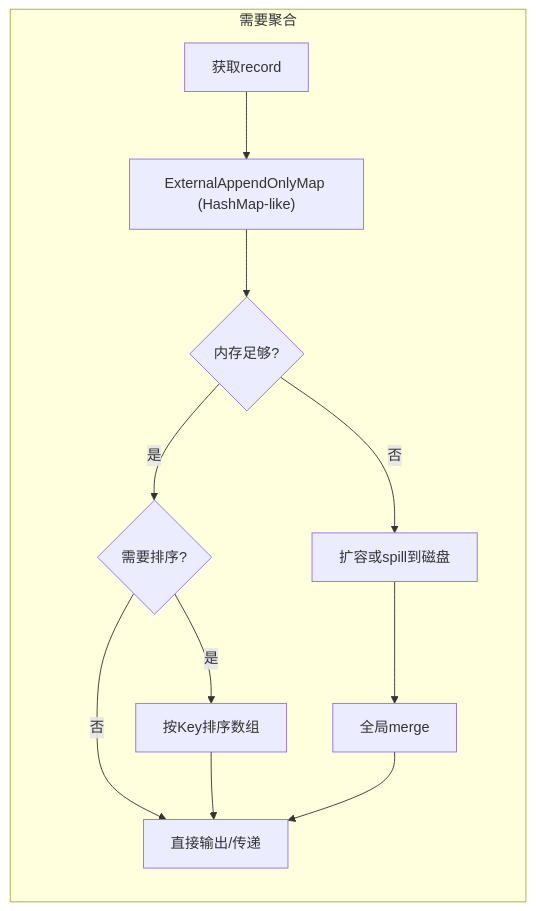
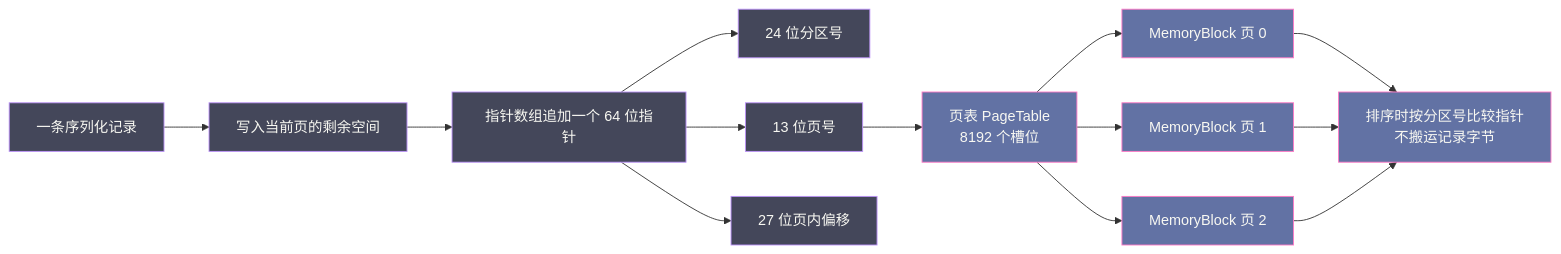
One commit to hpliStartAgain/my-brain changed the fifth of 6 diagrams in content/大数据/大数据处理框架Apache Spark设计与实现/9.0 第9章 内存管理机制.md. Above: the diagram before and after it, drawn with Mermaid. The commit also changed other lines of this file and 455 other files, not shown here.

````diff
--- a/content/大数据/大数据处理框架Apache Spark设计与实现/9.0 第9章 内存管理机制.md
+++ b/content/大数据/大数据处理框架Apache Spark设计与实现/9.0 第9章 内存管理机制.md
@@ -355,14 +308,20 @@
 ```mermaid
+%%{init: {'theme': 'dracula'}}%%
 flowchart LR
-    subgraph 需要聚合
-    A["获取record"] --> B["ExternalAppendOnlyMap (HashMap-like)"]
-    B --> C{"内存足够?"}
-    C -- 否 --> D["扩容或spill到磁盘"]
-    D --> E["全局merge"]
-    C -- 是 --> F{"需要排序?"}
-    F -- 是 --> G["按Key排序数组"]
-    F -- 否 --> H["直接输出/传递"]
-    G --> H
-    E --> H
-    end
+    A["一条序列化记录"] --> B["写入当前页的剩余空间"]
+    B --> C["指针数组追加一个 64 位指针"]
+    C --> D["24 位分区号"]
+    C --> E["13 位页号"]
+    C --> F["27 位页内偏移"]
+    E --> G["页表 PageTable<br/>8192 个槽位"]
+    G --> H["MemoryBlock 页 0"]
+    G --> I["MemoryBlock 页 1"]
+    G --> J["MemoryBlock 页 2"]
+    H --> K["排序时按分区号比较指针<br/>不搬运记录字节"]
+    I --> K
+    J --> K
+    classDef rec fill:#44475a,stroke:#bd93f9,color:#f8f8f2
+    classDef pt fill:#6272a4,stroke:#ff79c6,color:#f8f8f2
+    class A,B,C,D,E,F rec
+    class G,H,I,J,K pt
 ```
````
